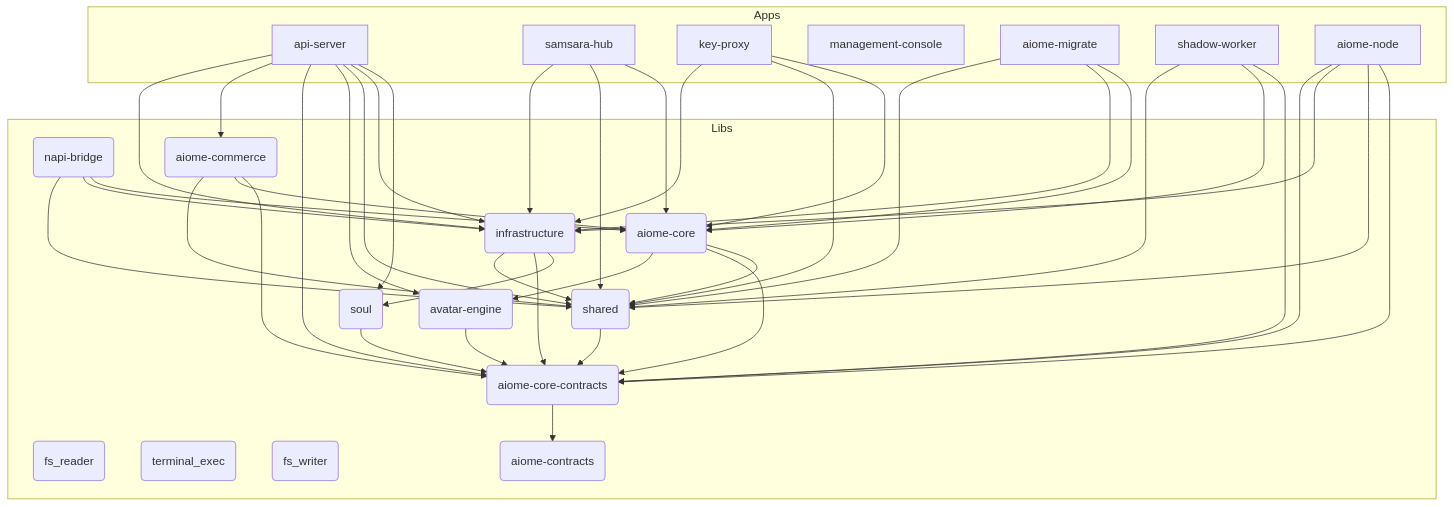
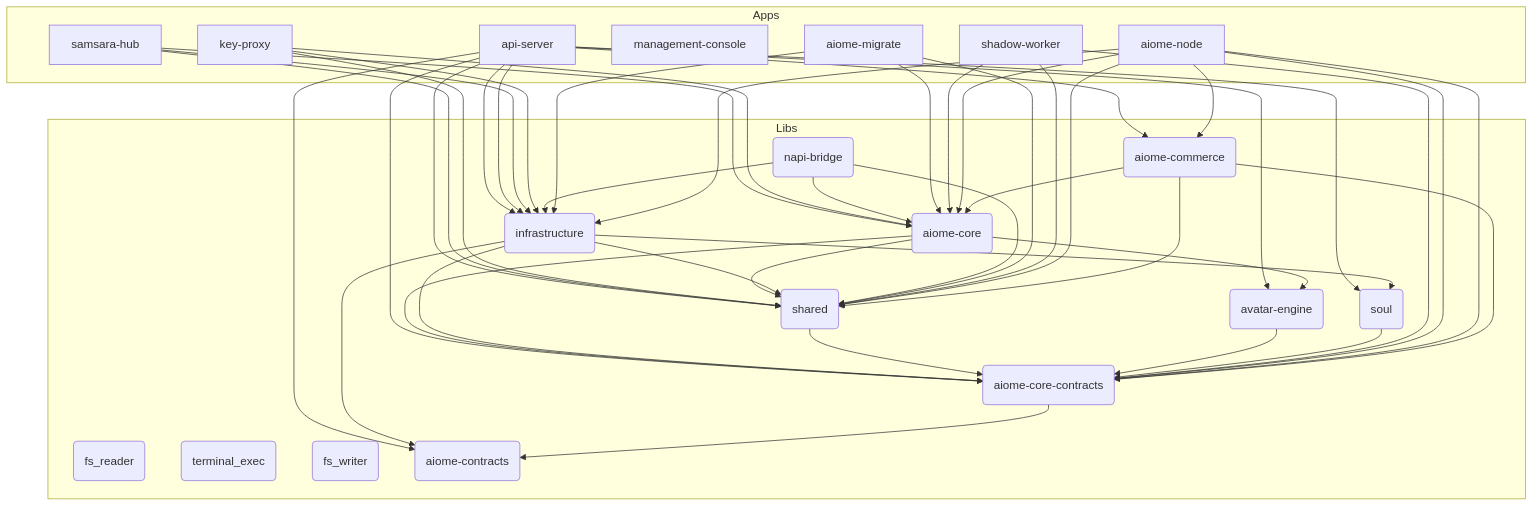
Before and after one commit to for4xex-droid/modular-open-claw: the diagram in ARCHITECTURE.md, drawn with Mermaid. The commit also changed other lines of this file and 49 other files, not shown here.

````diff
--- a/ARCHITECTURE.md
+++ b/ARCHITECTURE.md
@@ -23,67 +23,71 @@
 ```mermaid
 graph TD
     subgraph Apps
         api-server[api-server]
         samsara-hub[samsara-hub]
         key-proxy[key-proxy]
         management-console[management-console]
         aiome-migrate[aiome-migrate]
         shadow-worker[shadow-worker]
         aiome-node[aiome-node]
     end
 
     subgraph Libs
         aiome-core(aiome-core)
         infrastructure(infrastructure)
         shared(shared)
         avatar-engine(avatar-engine)
         fs_reader(fs_reader)
         terminal_exec(terminal_exec)
         fs_writer(fs_writer)
         napi-bridge(napi-bridge)
         aiome-contracts(aiome-contracts)
         aiome-core-contracts(aiome-core-contracts)
         soul(soul)
         aiome-commerce(aiome-commerce)
     end
 
     api-server --> soul
     api-server --> infrastructure
     api-server --> shared
     api-server --> avatar-engine
     api-server --> aiome-core-contracts
+    api-server --> aiome-contracts
     api-server --> aiome-commerce
     api-server --> infrastructure
     samsara-hub --> aiome-core
     samsara-hub --> shared
     samsara-hub --> infrastructure
     key-proxy --> aiome-core
     key-proxy --> shared
     key-proxy --> infrastructure
     aiome-core --> shared
     aiome-core --> aiome-core-contracts
     aiome-core --> avatar-engine
     infrastructure --> soul
     infrastructure --> aiome-core-contracts
+    infrastructure --> aiome-contracts
     infrastructure --> shared
     shared --> aiome-core-contracts
     avatar-engine --> aiome-core-contracts
     napi-bridge --> aiome-core
     napi-bridge --> infrastructure
     napi-bridge --> shared
     aiome-core-contracts --> aiome-contracts
     soul --> aiome-core-contracts
     aiome-migrate --> aiome-core
     aiome-migrate --> infrastructure
     aiome-migrate --> shared
     shadow-worker --> aiome-core-contracts
     shadow-worker --> aiome-core
     shadow-worker --> shared
     aiome-node --> aiome-core-contracts
     aiome-node --> shared
     aiome-node --> infrastructure
+    aiome-node --> aiome-commerce
+    aiome-node --> aiome-core
     aiome-node --> aiome-core-contracts
     aiome-commerce --> aiome-core-contracts
     aiome-commerce --> aiome-core
     aiome-commerce --> shared
 ```
````
